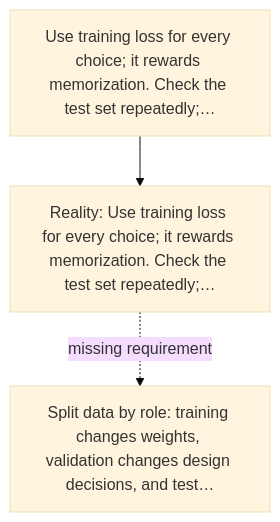
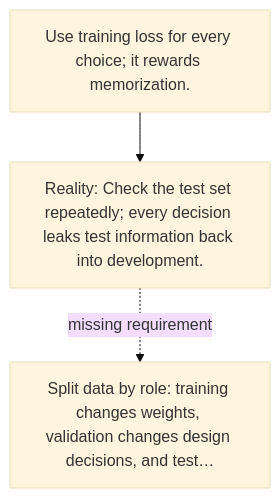
One commit to kleem-labs/AI-Archaeology changed the diagram in excavations/033-validation/diagram.md. Above: the diagram before and after it, drawn with Mermaid (base theme). The commit also changed other lines of this file and 165 other files, not shown here.

````diff
--- a/excavations/033-validation/diagram.md
+++ b/excavations/033-validation/diagram.md
@@ -5,5 +5,5 @@
 ```mermaid
 flowchart TD
-    A["Use training loss for every choice; it rewards memorization. Check the test set repeatedly;…"] --> B["Reality: Use training loss for every choice; it rewards memorization. Check the test set repeatedly;…"]
+    A["Use training loss for every choice; it rewards memorization."] --> B["Reality: Check the test set repeatedly; every decision leaks test information back into development."]
     B -. "missing requirement" .-> C["Split data by role: training changes weights, validation changes design decisions, and test…"]
 ```
````
